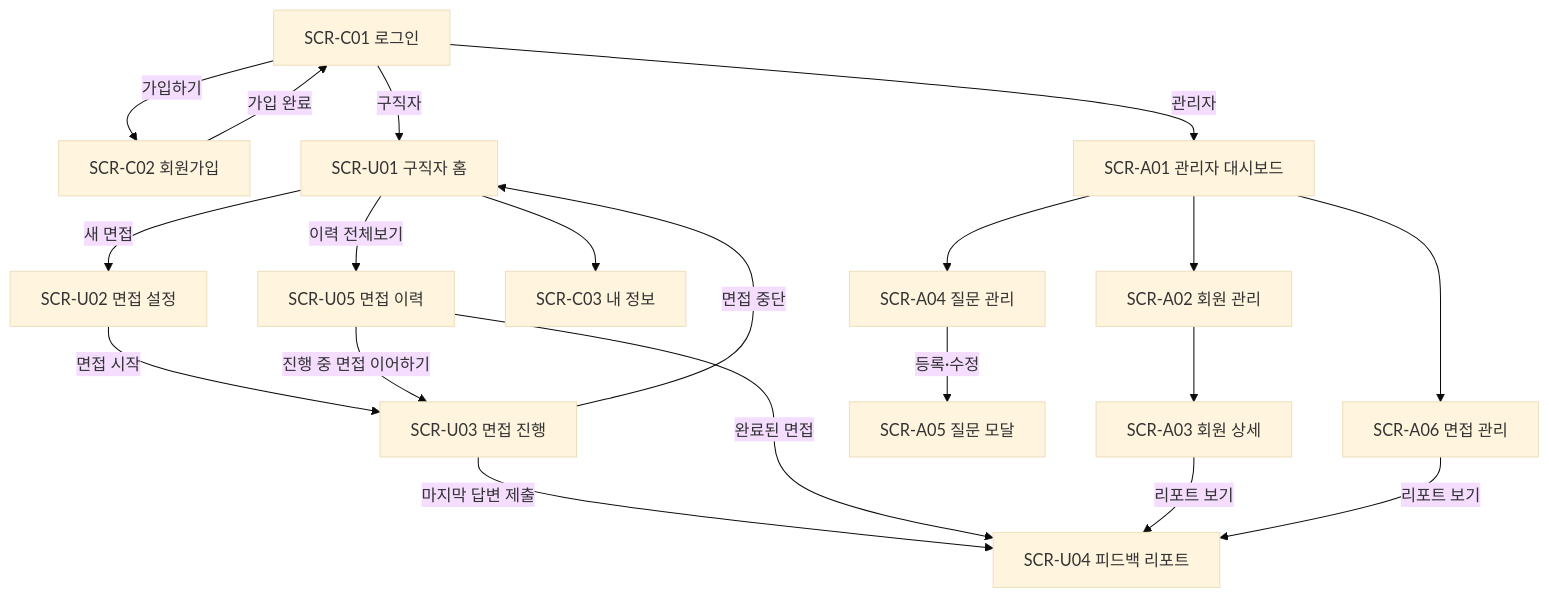
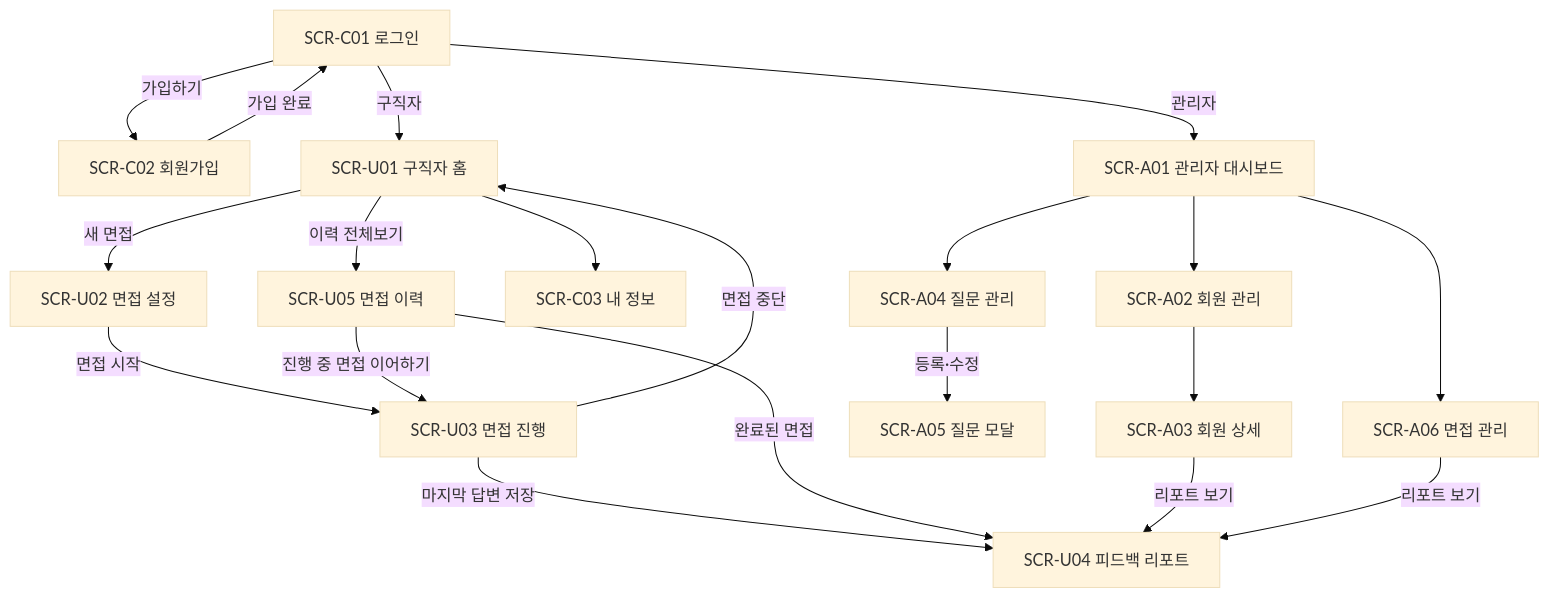
The diagram in docs/화면정의서.md (ahnsj4213-wq/fn_pjt), drawn with Mermaid (base theme) before and after one commit. The commit also changed other lines of this file and 2 other files, not shown here.

````diff
--- a/docs/화면정의서.md
+++ b/docs/화면정의서.md
@@ -37,24 +37,24 @@
 ```mermaid
 flowchart TD
     C01[SCR-C01 로그인] -->|가입하기| C02[SCR-C02 회원가입]
     C02 -->|가입 완료| C01
     C01 -->|구직자| U01[SCR-U01 구직자 홈]
     C01 -->|관리자| A01[SCR-A01 관리자 대시보드]
 
     U01 -->|새 면접| U02[SCR-U02 면접 설정]
     U02 -->|면접 시작| U03[SCR-U03 면접 진행]
-    U03 -->|마지막 답변 제출| U04[SCR-U04 피드백 리포트]
+    U03 -->|마지막 답변 저장| U04[SCR-U04 피드백 리포트]
     U03 -->|면접 중단| U01
     U01 -->|이력 전체보기| U05[SCR-U05 면접 이력]
     U05 -->|완료된 면접| U04
     U05 -->|진행 중 면접 이어하기| U03
     U01 --> C03[SCR-C03 내 정보]
 
     A01 --> A02[SCR-A02 회원 관리]
     A02 --> A03[SCR-A03 회원 상세]
     A03 -->|리포트 보기| U04
     A01 --> A04[SCR-A04 질문 관리]
     A04 -->|등록·수정| A05[SCR-A05 질문 모달]
     A01 --> A06[SCR-A06 면접 관리]
     A06 -->|리포트 보기| U04
 ```
````
